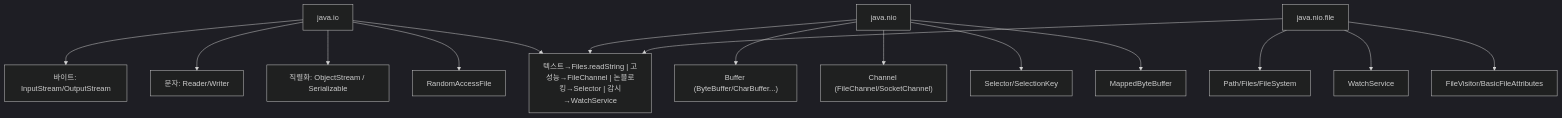
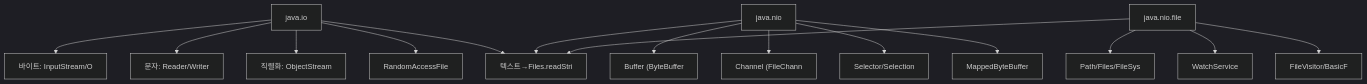
Diagram 11 of 11 in _posts/java/2026-05-01-java-io.md (yjkim2015/yjkim2015.github.io), drawn with Mermaid (dark theme) before and after one commit. The commit also changed other lines of this file and 271 other files, not shown here.

First line of the commit message:
Mermaid 라벨 축소: 긴 노드 텍스트 18자 이하로 트림 + \n 제거

````diff
--- a/_posts/java/2026-05-01-java-io.md
+++ b/_posts/java/2026-05-01-java-io.md
@@ -845,7 +845,7 @@
 ```mermaid
 graph TD
-    IO["java.io"] --> BS["바이트: InputStream/OutputStream"] & CS["문자: Reader/Writer"] & SER["직렬화: ObjectStream / Serializable"] & RAF["RandomAccessFile"]
-    NIO["java.nio"] --> BUF["Buffer (ByteBuffer/CharBuffer...)"] & CH["Channel (FileChannel/SocketChannel)"] & SEL["Selector/SelectionKey"] & MBB["MappedByteBuffer"]
-    NF["java.nio.file"] --> PF["Path/Files/FileSystem"] & WS["WatchService"] & FA["FileVisitor/BasicFileAttributes"]
-    IO & NIO & NF --> GUIDE["텍스트→Files.readString | 고성능→FileChannel | 논블로킹→Selector | 감시→WatchService"]
+    IO["java.io"] --> BS["바이트: InputStream/O"] & CS["문자: Reader/Writer"] & SER["직렬화: ObjectStream"] & RAF["RandomAccessFile"]
+    NIO["java.nio"] --> BUF["Buffer (ByteBuffer"] & CH["Channel (FileChann"] & SEL["Selector/Selection"] & MBB["MappedByteBuffer"]
+    NF["java.nio.file"] --> PF["Path/Files/FileSys"] & WS["WatchService"] & FA["FileVisitor/BasicF"]
+    IO & NIO & NF --> GUIDE["텍스트→Files.readStri"]
 ```
````
